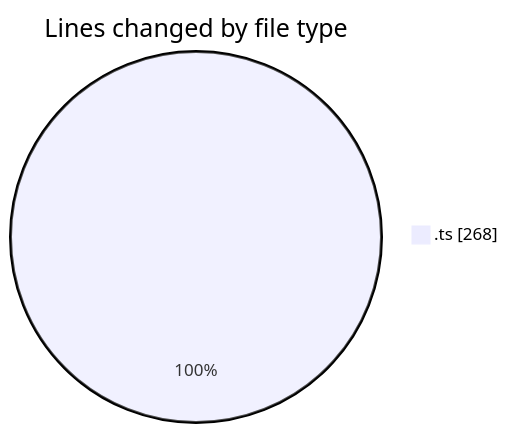
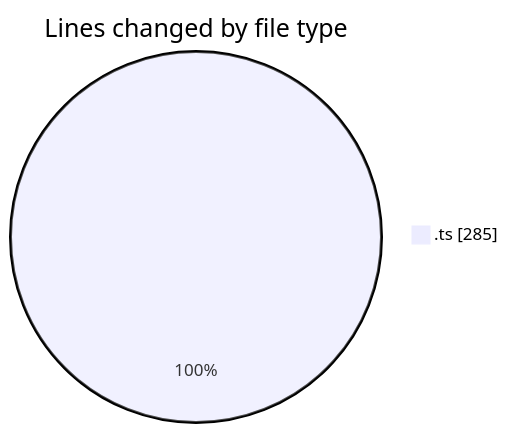
Before and after one commit to tmsrecording-cyber/code-tracking: the first of 2 diagrams in 2026-02-03/singularitybrainai/README.md, drawn with Mermaid. The commit also changed other lines of this file and 1 other file, not shown here.

````diff
--- a/2026-02-03/singularitybrainai/README.md
+++ b/2026-02-03/singularitybrainai/README.md
@@ -20,5 +20,5 @@
 ```mermaid
 pie showData
 title Lines changed by file type
-".ts" : 268
+".ts" : 285
 ```
````
